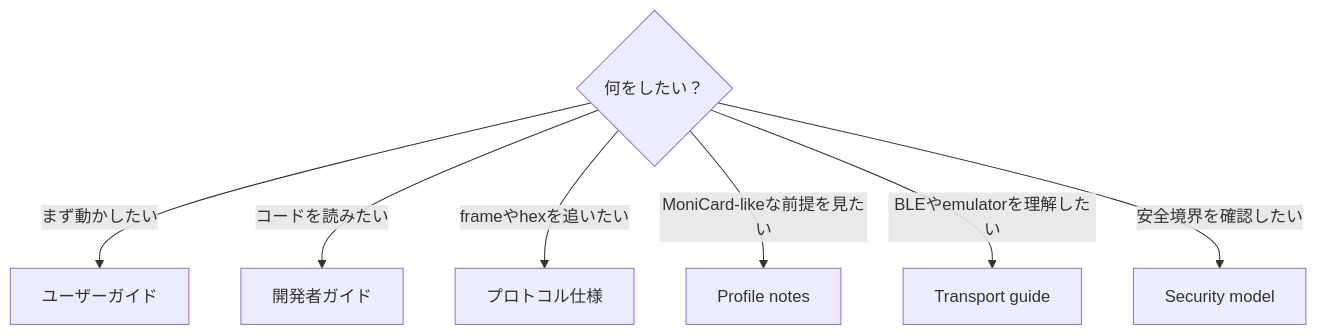
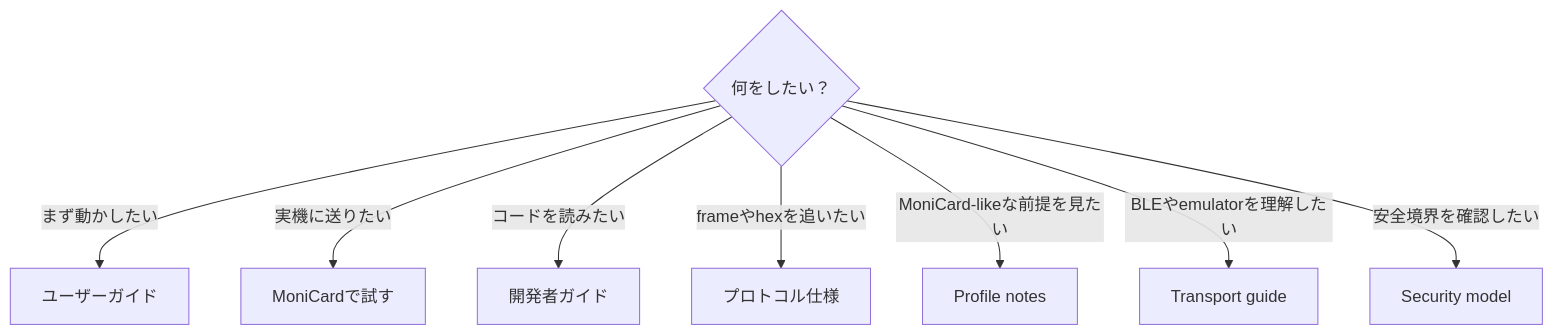
One commit to Azsoft-jp/MCard-StarterKit changed the third of 3 diagrams in docs-ja/README.md. Above: the diagram before and after it, drawn with Mermaid. The commit also changed other lines of this file and 2 other files, not shown here.

First line of the commit message:
Enrich Japanese docs index and add EN/JA cross-links to HowTo

````diff
--- a/docs-ja/README.md
+++ b/docs-ja/README.md
@@ -55,10 +93,11 @@
 ```mermaid
 flowchart TD
   Goal{何をしたい？}
   Goal -->|まず動かしたい| User[ユーザーガイド]
+  Goal -->|実機に送りたい| HowTo[MoniCardで試す]
   Goal -->|コードを読みたい| Dev[開発者ガイド]
   Goal -->|frameやhexを追いたい| Proto[プロトコル仕様]
   Goal -->|MoniCard-likeな前提を見たい| Notes[Profile notes]
   Goal -->|BLEやemulatorを理解したい| Transport[Transport guide]
   Goal -->|安全境界を確認したい| Security[Security model]
 ```
````
